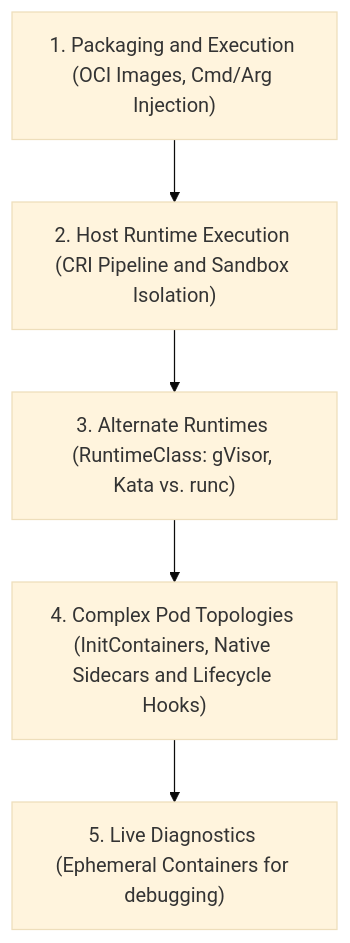
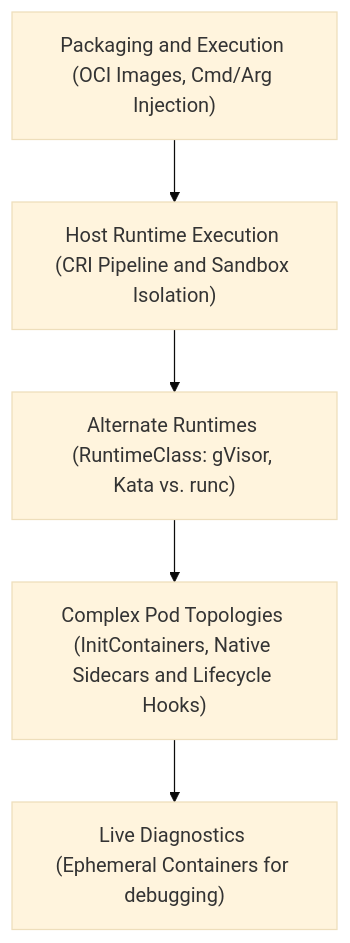
One commit to kmashour/BrainDump changed the first of 3 diagrams in Reference Notes/05_containers_runtimes_and_lifecycle.md. Above: the diagram before and after it, drawn with Mermaid (base theme). The commit also changed 15 other files, not shown here.

Commit message:
docs: remove leading numbers from mermaid node labels to avoid list parsing errors

````diff
--- a/Reference Notes/05_containers_runtimes_and_lifecycle.md
+++ b/Reference Notes/05_containers_runtimes_and_lifecycle.md
@@ -11,7 +11,7 @@
 ```mermaid
 graph TD
-    A["1. Packaging and Execution (OCI Images, Cmd/Arg Injection)"] --> B["2. Host Runtime Execution (CRI Pipeline and Sandbox Isolation)"]
-    B --> C["3. Alternate Runtimes (RuntimeClass: gVisor, Kata vs. runc)"]
-    C --> D["4. Complex Pod Topologies (InitContainers, Native Sidecars and Lifecycle Hooks)"]
-    D --> E["5. Live Diagnostics (Ephemeral Containers for debugging)"]
+    A["Packaging and Execution (OCI Images, Cmd/Arg Injection)"] --> B["Host Runtime Execution (CRI Pipeline and Sandbox Isolation)"]
+    B --> C["Alternate Runtimes (RuntimeClass: gVisor, Kata vs. runc)"]
+    C --> D["Complex Pod Topologies (InitContainers, Native Sidecars and Lifecycle Hooks)"]
+    D --> E["Live Diagnostics (Ephemeral Containers for debugging)"]
 ```
````
